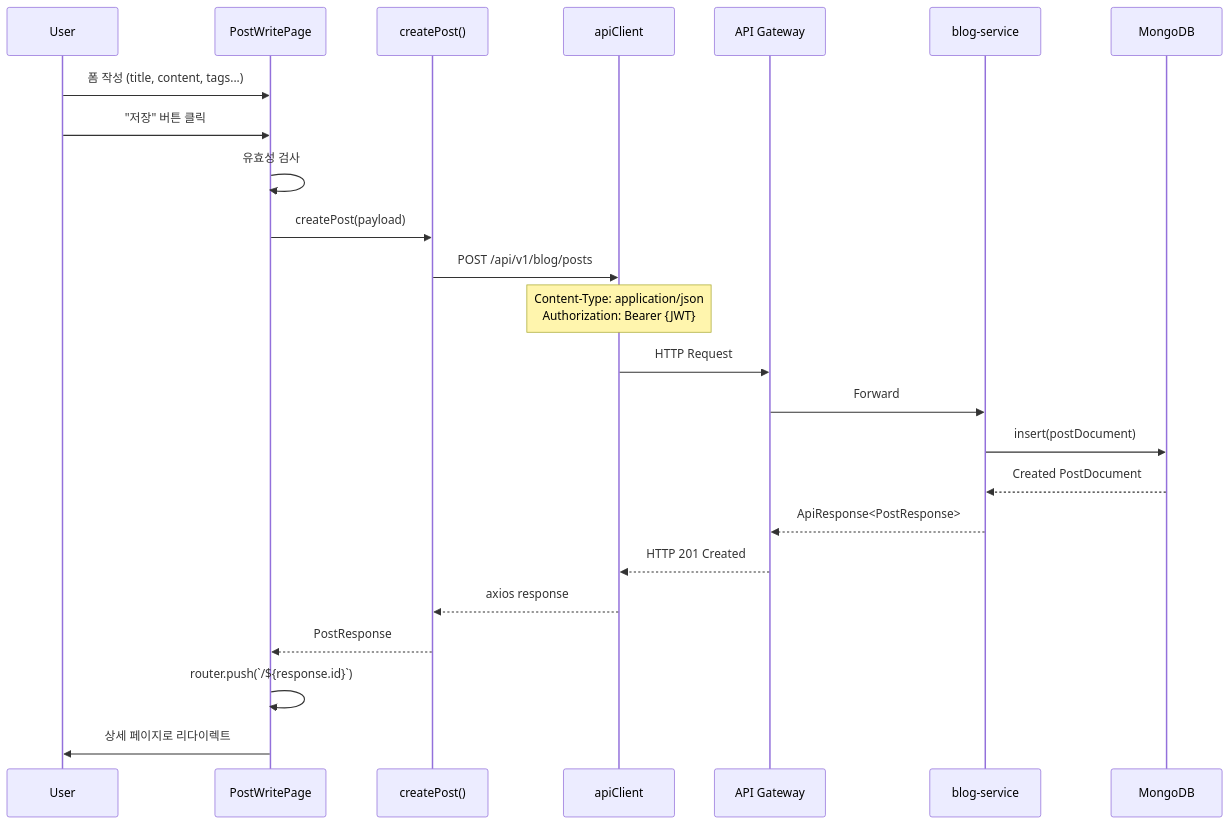
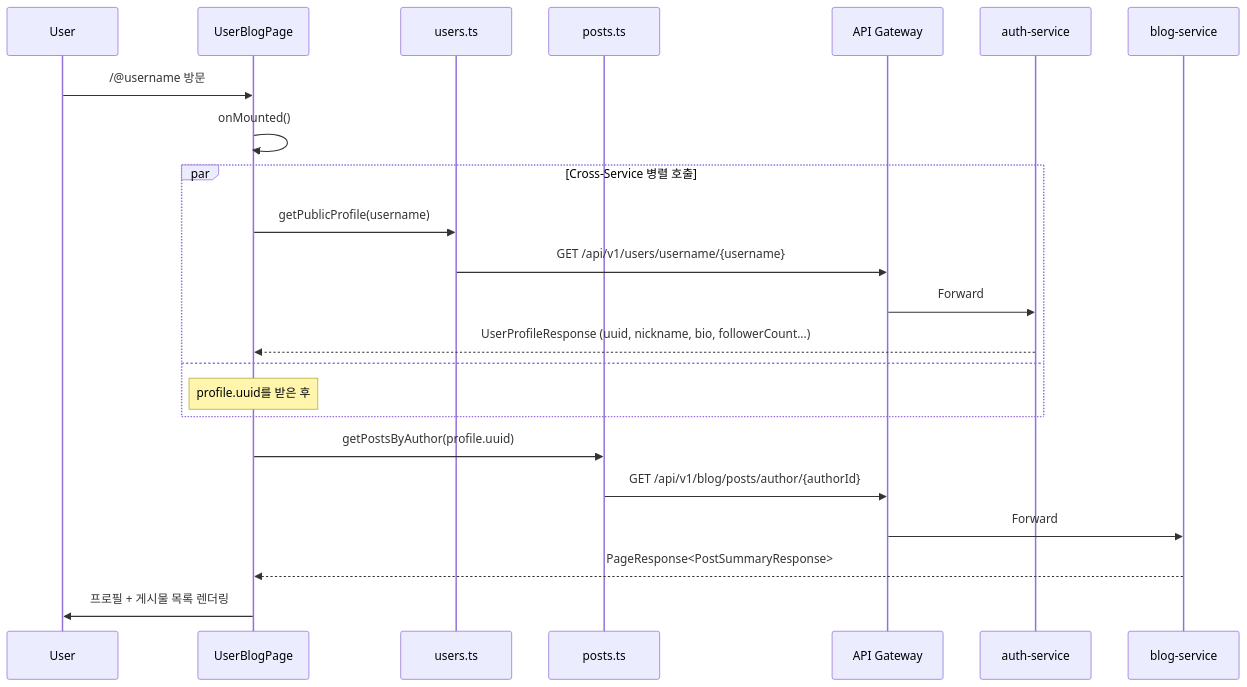
One commit to L-a-z-e/portal-universe changed the sixth of 13 diagrams in docs/architecture/blog-frontend/data-flow.md. Above: the diagram before and after it, drawn with Mermaid. The commit also changed other lines of this file and 3 other files, not shown here.

First line of the commit message:
docs(architecture): rewrite blog-frontend docs to match actual codebase

````diff
--- a/docs/architecture/blog-frontend/data-flow.md
+++ b/docs/architecture/blog-frontend/data-flow.md
@@ -153,27 +247,29 @@
 ```mermaid
 sequenceDiagram
     participant U as User
-    participant C as PostWritePage
-    participant A as createPost()
-    participant AC as apiClient
-    participant G as API Gateway
-    participant S as blog-service
-    participant D as MongoDB
+    participant C as UserBlogPage
+    participant UAPI as users.ts
+    participant PAPI as posts.ts
+    participant GW as API Gateway
+    participant AUTH as auth-service
+    participant BS as blog-service
 
-    U->>C: 폼 작성 (title, content, tags...)
-    U->>C: "저장" 버튼 클릭
-    C->>C: 유효성 검사
-    C->>A: createPost(payload)
-    A->>AC: POST /api/v1/blog/posts
-    Note over AC: Content-Type: application/json<br/>Authorization: Bearer {JWT}
-    AC->>G: HTTP Request
-    G->>S: Forward
-    S->>D: insert(postDocument)
-    D-->>S: Created PostDocument
-    S-->>G: ApiResponse<PostResponse>
-    G-->>AC: HTTP 201 Created
-    AC-->>A: axios response
-    A-->>C: PostResponse
-    C->>C: router.push(`/${response.id}`)
-    C->>U: 상세 페이지로 리다이렉트
+    U->>C: /@username 방문
+    C->>C: onMounted()
+
+    par Cross-Service 병렬 호출
+        C->>UAPI: getPublicProfile(username)
+        UAPI->>GW: GET /api/v1/users/username/{username}
+        GW->>AUTH: Forward
+        AUTH-->>C: UserProfileResponse (uuid, nickname, bio, followerCount...)
+    and
+        Note over C: profile.uuid를 받은 후
+    end
+
+    C->>PAPI: getPostsByAuthor(profile.uuid)
+    PAPI->>GW: GET /api/v1/blog/posts/author/{authorId}
+    GW->>BS: Forward
+    BS-->>C: PageResponse<PostSummaryResponse>
+
+    C->>U: 프로필 + 게시물 목록 렌더링
 ```
````
